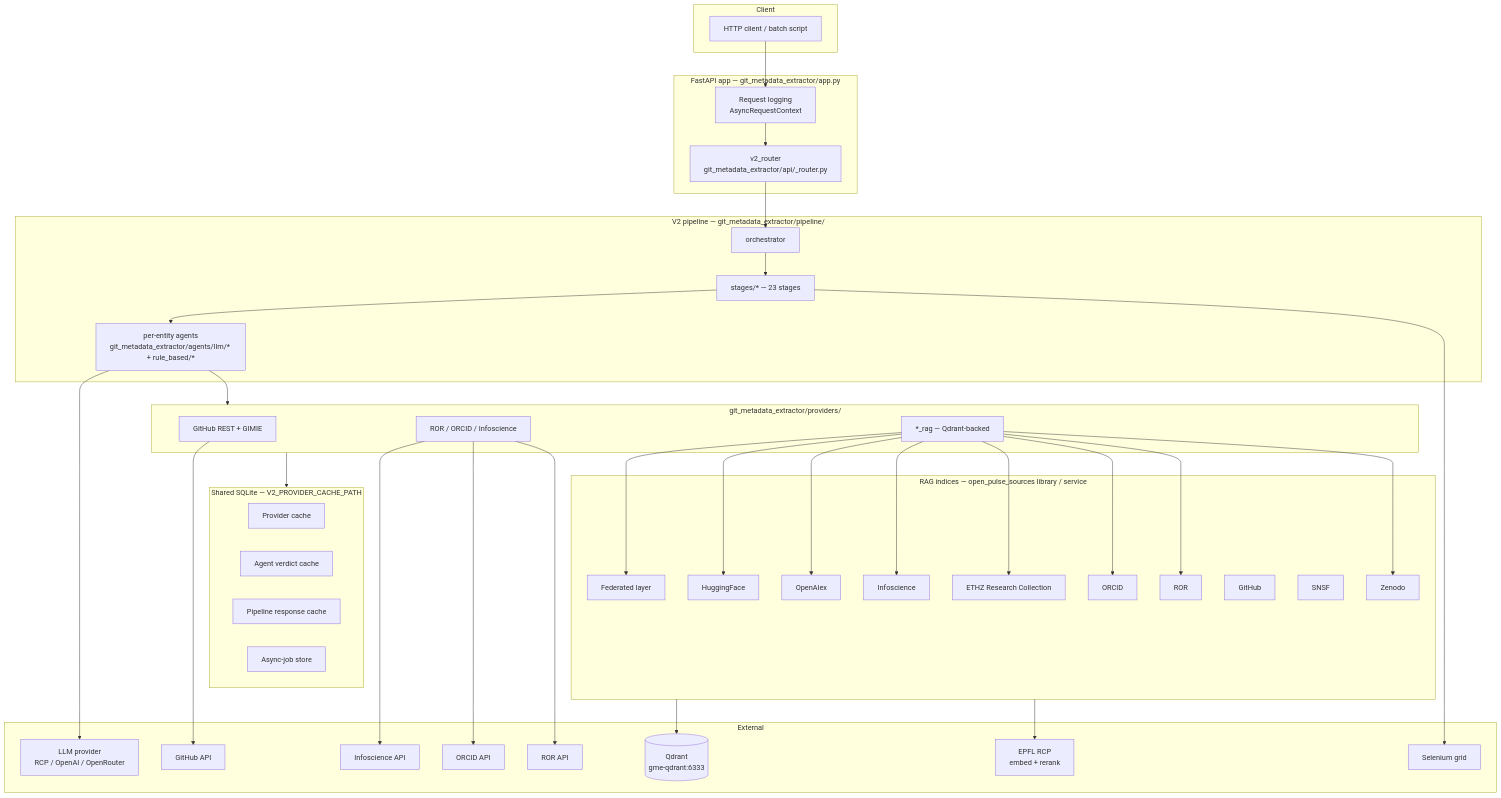
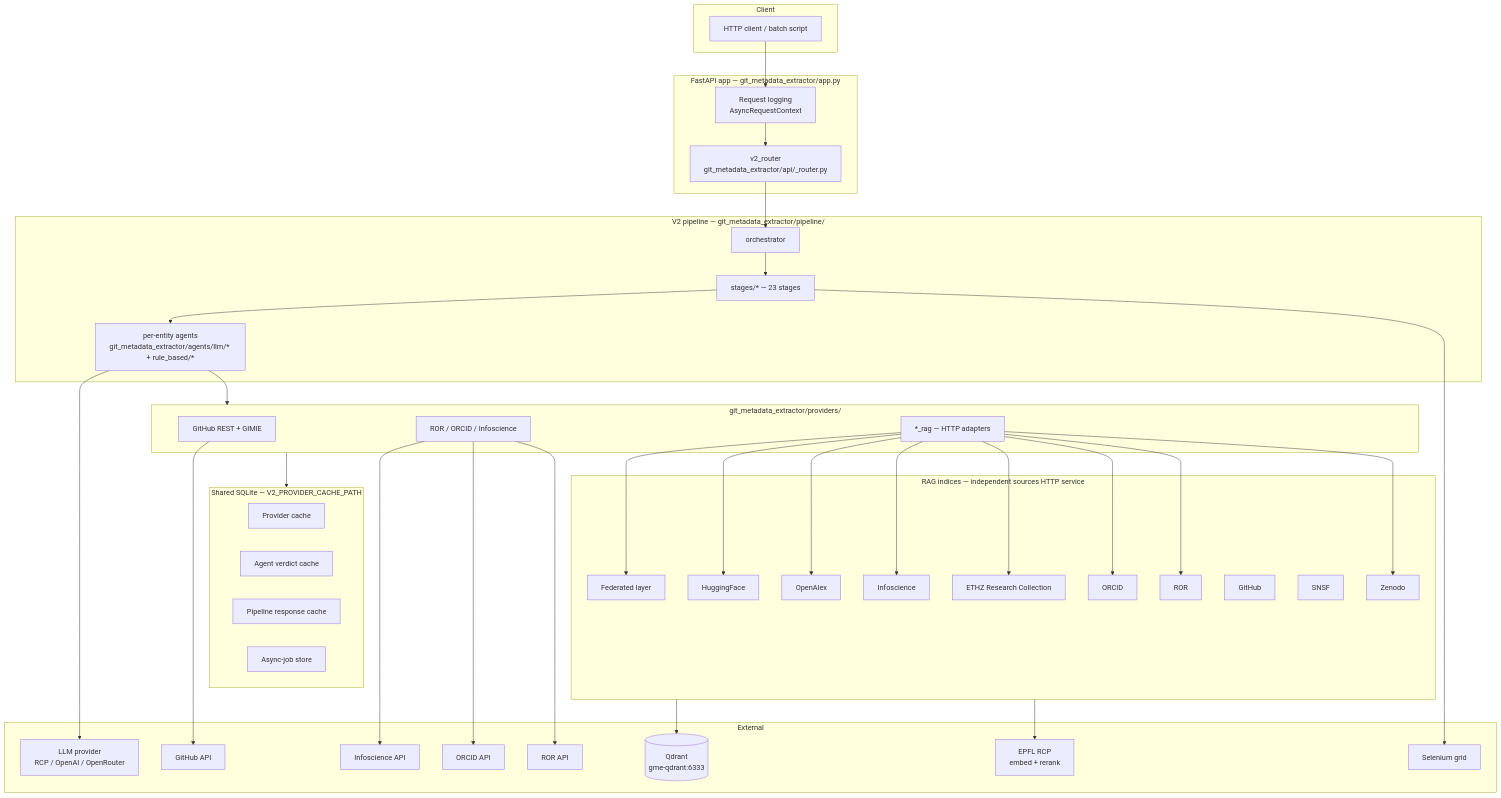
Before and after one commit to Imaging-Plaza/git-metadata-extractor: the first of 3 diagrams in docs/architecture/design-notes.md, drawn with Mermaid. The commit also changed other lines of this file and 110 other files, not shown here.

Commit message:
refactor: isolate source retrieval behind the sources HTTP service

````diff
--- a/docs/architecture/design-notes.md
+++ b/docs/architecture/design-notes.md
@@ -7,77 +7,77 @@
 ```mermaid
 flowchart TB
     subgraph Client
         C1[HTTP client / batch script]
     end
 
     subgraph API[FastAPI app — git_metadata_extractor/app.py]
         A1[v2_router<br/>git_metadata_extractor/api/_router.py]
         A2[Request logging<br/>AsyncRequestContext]
     end
 
     subgraph Pipeline[V2 pipeline — git_metadata_extractor/pipeline/]
         P0[orchestrator]
         P1[stages/* — 23 stages]
         P2[per-entity agents<br/>git_metadata_extractor/agents/llm/* + rule_based/*]
     end
 
     subgraph Caches[Shared SQLite — V2_PROVIDER_CACHE_PATH]
         K1[Provider cache]
         K2[Agent verdict cache]
         K3[Pipeline response cache]
         K4[Async-job store]
     end
 
     subgraph Providers[git_metadata_extractor/providers/]
         PG[GitHub REST + GIMIE]
         PR[ROR / ORCID / Infoscience]
-        PRAG[*_rag — Qdrant-backed]
+        PRAG[*_rag — HTTP adapters]
     end
 
-    subgraph RAG[RAG indices — open_pulse_sources library / service]
+    subgraph RAG[RAG indices — independent sources HTTP service]
         RH[HuggingFace]
         ROA[OpenAlex]
         RI[Infoscience]
         RE[ETHZ Research Collection]
         RO[ORCID]
         RR[ROR]
         RZ[Zenodo]
         RG[GitHub]
         RS[SNSF]
         RFED[Federated layer]
     end
 
     subgraph External
         GH[GitHub API]
         IS[Infoscience API]
         ORID[ORCID API]
         ROR[ROR API]
         SEL[Selenium grid]
         LLM[LLM provider<br/>RCP / OpenAI / OpenRouter]
         QD[(Qdrant<br/>gme-qdrant:6333)]
         RCP[EPFL RCP<br/>embed + rerank]
     end
 
     C1 --> A2 --> A1
     A1 --> P0
     P0 --> P1
     P1 --> P2
     P2 --> Providers
     Providers --> Caches
     PG --> GH
     PR --> IS
     PR --> ORID
     PR --> ROR
     PRAG --> RFED
     PRAG --> RH
     PRAG --> ROA
     PRAG --> RI
     PRAG --> RE
     PRAG --> RO
     PRAG --> RR
     PRAG --> RZ
     RAG --> QD
     RAG --> RCP
     P1 --> SEL
     P2 --> LLM
 ```
````
